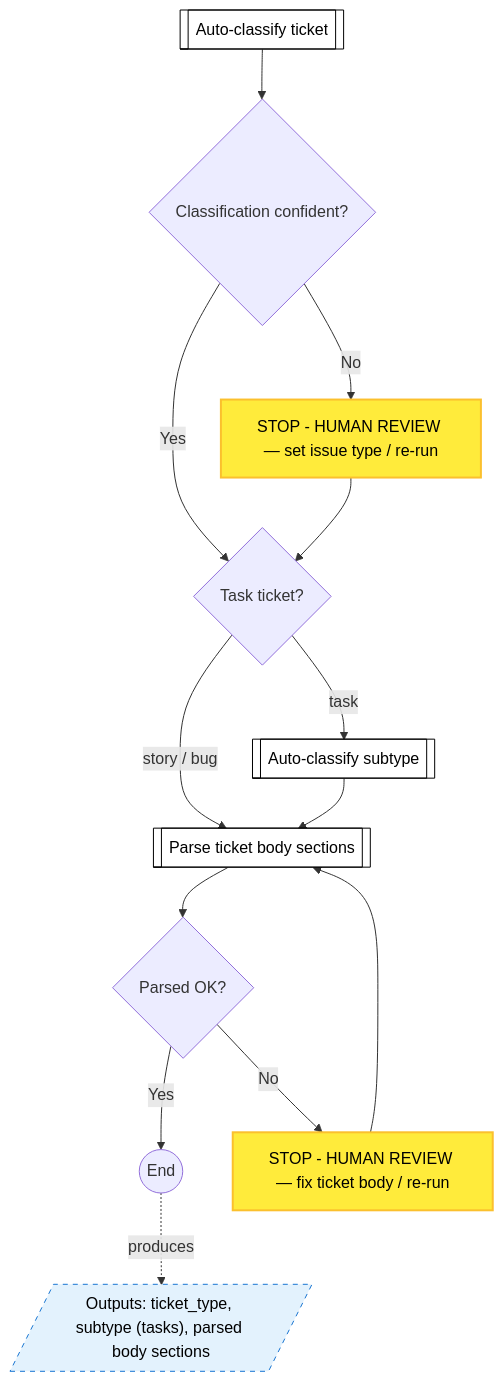
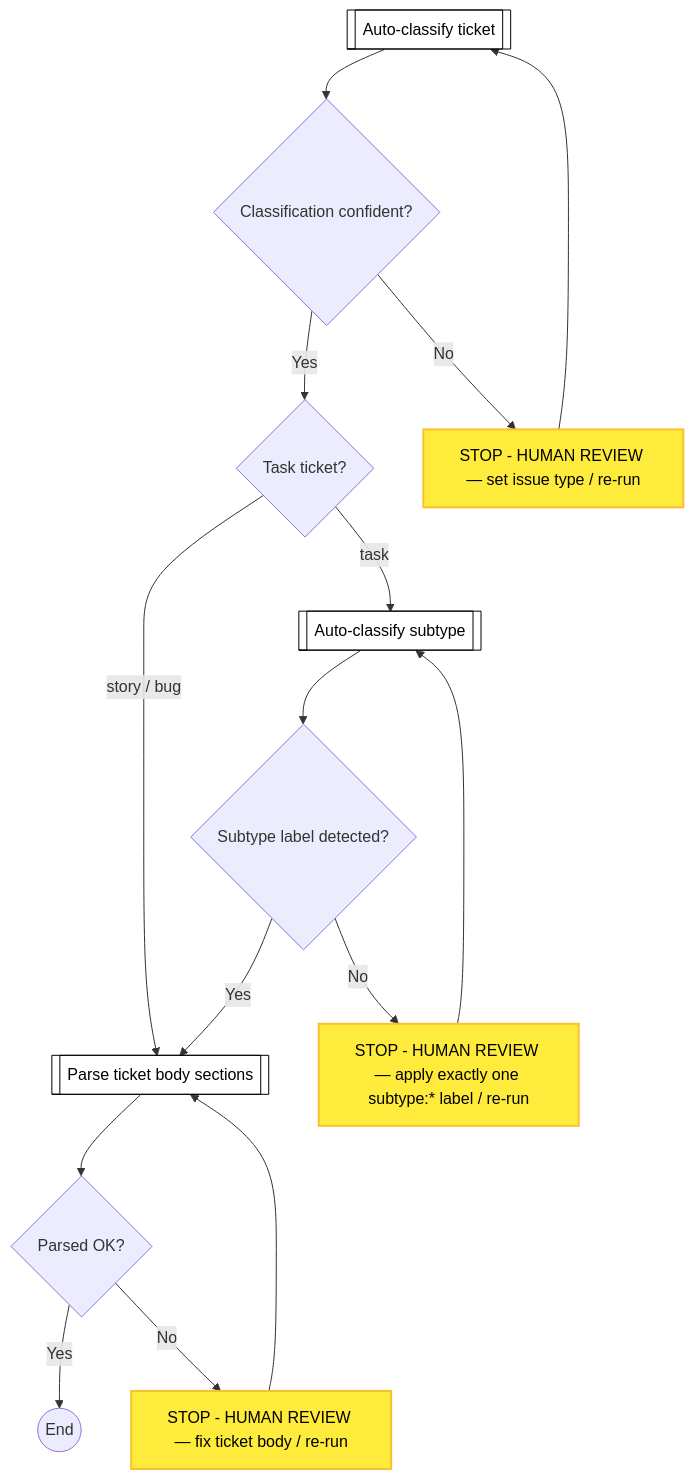
One commit to optivem/gh-optivem changed the second of 12 diagrams in docs/process-diagram.md. Above: the diagram before and after it, drawn with Mermaid. The commit also changed 2 other files, not shown here.

Commit message:
atdd: regenerate process-flow diagram

````diff
--- a/docs/process-diagram.md
+++ b/docs/process-diagram.md
@@ -35,35 +35,35 @@
 ```mermaid
 flowchart TD
     CLASSIFY[[Auto-classify ticket]]
     CLASSIFY_SUBTYPE[[Auto-classify subtype]]
     GATE_CLASSIFY_CONFIDENT{Classification confident?}
     GATE_NEEDS_SUBTYPE{Task ticket?}
     GATE_PARSE_OK{Parsed OK?}
+    GATE_SUBTYPE_OK{Subtype label detected?}
     INTAKE_END((End))
-    INTAKE_OUTPUTS[/"Outputs: ticket_type, subtype (tasks), parsed body sections"/]
     PARSE_BODY[[Parse ticket body sections]]
     STOP_CLASSIFY_CONFLICT[STOP - HUMAN REVIEW — set issue type / re-run]
     STOP_PARSE_ERROR[STOP - HUMAN REVIEW — fix ticket body / re-run]
+    STOP_SUBTYPE_MISSING[STOP - HUMAN REVIEW — apply exactly one subtype:* label / re-run]
 
     CLASSIFY --> GATE_CLASSIFY_CONFIDENT
     GATE_CLASSIFY_CONFIDENT -- Yes --> GATE_NEEDS_SUBTYPE
     GATE_CLASSIFY_CONFIDENT -- No --> STOP_CLASSIFY_CONFLICT
-    STOP_CLASSIFY_CONFLICT --> GATE_NEEDS_SUBTYPE
+    STOP_CLASSIFY_CONFLICT --> CLASSIFY
     GATE_NEEDS_SUBTYPE -- task --> CLASSIFY_SUBTYPE
     GATE_NEEDS_SUBTYPE -- story / bug --> PARSE_BODY
-    CLASSIFY_SUBTYPE --> PARSE_BODY
+    CLASSIFY_SUBTYPE --> GATE_SUBTYPE_OK
+    GATE_SUBTYPE_OK -- Yes --> PARSE_BODY
+    GATE_SUBTYPE_OK -- No --> STOP_SUBTYPE_MISSING
+    STOP_SUBTYPE_MISSING --> CLASSIFY_SUBTYPE
     PARSE_BODY --> GATE_PARSE_OK
     GATE_PARSE_OK -- Yes --> INTAKE_END
     GATE_PARSE_OK -- No --> STOP_PARSE_ERROR
     STOP_PARSE_ERROR --> PARSE_BODY
-    INTAKE_END -. produces .-> INTAKE_OUTPUTS
 
     classDef serviceNode fill:#ffffff,stroke:#000000,stroke-width:1px,color:#000000
     class CLASSIFY,CLASSIFY_SUBTYPE,PARSE_BODY serviceNode
 
     classDef humanNode fill:#ffeb3b,stroke:#fbc02d,stroke-width:2px,color:#000000
-    class STOP_CLASSIFY_CONFLICT,STOP_PARSE_ERROR humanNode
-
-    classDef outputNode fill:#e3f2fd,stroke:#1976d2,stroke-width:1px,color:#000000,stroke-dasharray:5 5
-    class INTAKE_OUTPUTS outputNode
+    class STOP_CLASSIFY_CONFLICT,STOP_PARSE_ERROR,STOP_SUBTYPE_MISSING humanNode
 ```
````
